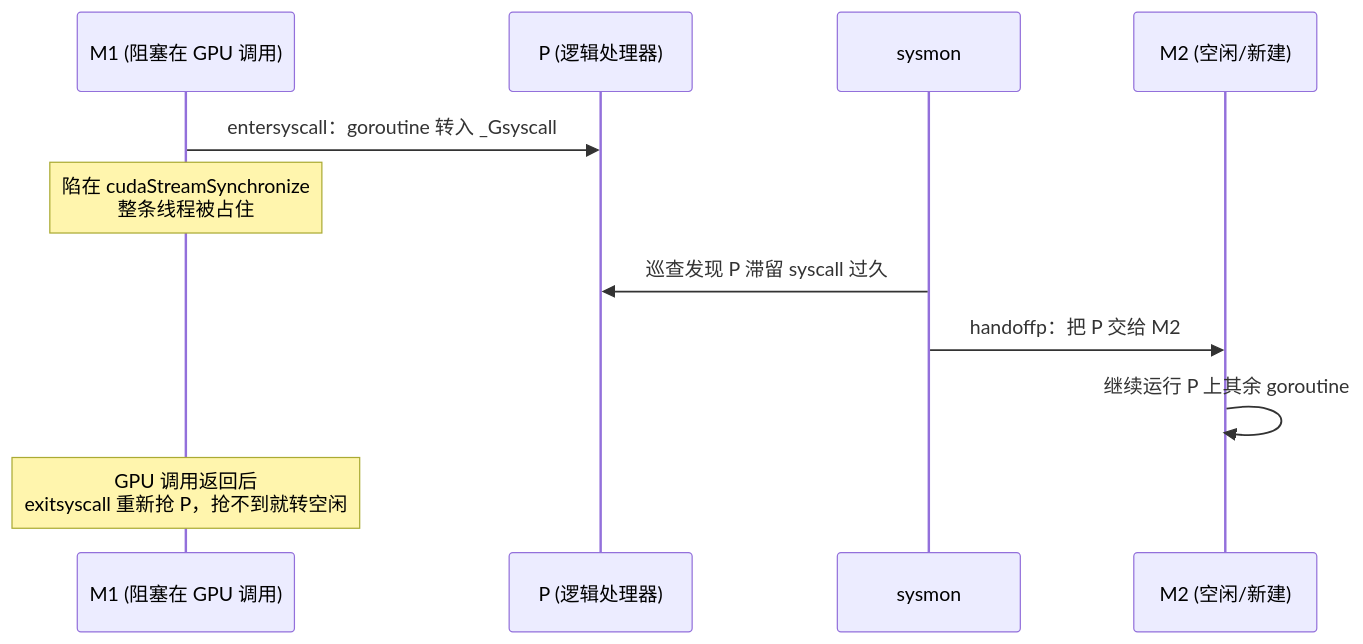
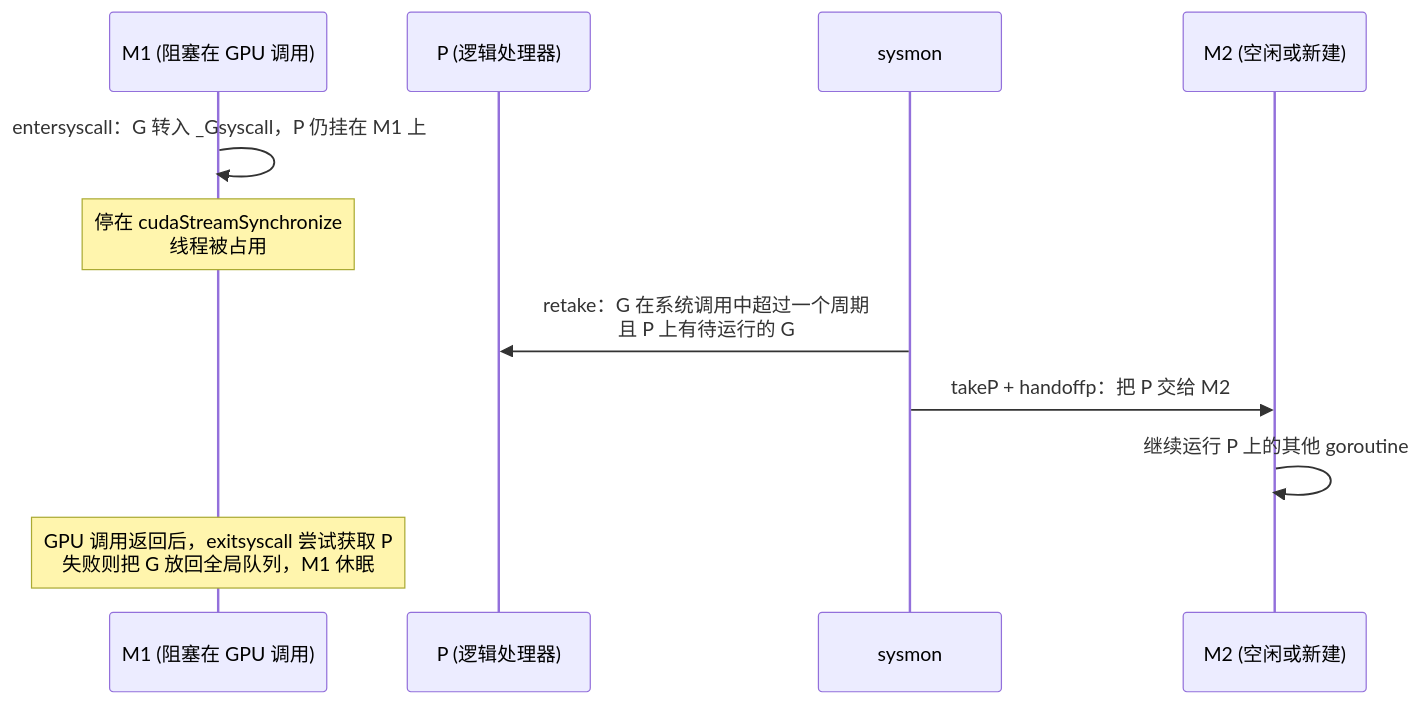
The diagram in book/zh-cn/part6hetero/ch18gpu/sched.md (golang-design/under-the-hood), drawn with Mermaid before and after one commit. The commit also changed other lines of this file and 4 other files, not shown here.

````diff
--- a/book/zh-cn/part6hetero/ch18gpu/sched.md
+++ b/book/zh-cn/part6hetero/ch18gpu/sched.md
@@ -58,13 +112,13 @@
 ```mermaid
 sequenceDiagram
     participant M1 as M1 (阻塞在 GPU 调用)
     participant P as P (逻辑处理器)
     participant SM as sysmon
-    participant M2 as M2 (空闲/新建)
-    M1->>P: entersyscall：goroutine 转入 _Gsyscall
-    Note over M1: 陷在 cudaStreamSynchronize<br/>整条线程被占住
-    SM->>P: 巡查发现 P 滞留 syscall 过久
-    SM->>M2: handoffp：把 P 交给 M2
-    M2->>M2: 继续运行 P 上其余 goroutine
-    Note over M1: GPU 调用返回后<br/>exitsyscall 重新抢 P，抢不到就转空闲
+    participant M2 as M2 (空闲或新建)
+    M1->>M1: entersyscall：G 转入 _Gsyscall，P 仍挂在 M1 上
+    Note over M1: 停在 cudaStreamSynchronize<br/>线程被占用
+    SM->>P: retake：G 在系统调用中超过一个周期<br/>且 P 上有待运行的 G
+    SM->>M2: takeP + handoffp：把 P 交给 M2
+    M2->>M2: 继续运行 P 上的其他 goroutine
+    Note over M1: GPU 调用返回后，exitsyscall 尝试获取 P<br/>失败则把 G 放回全局队列，M1 休眠
 ```
````
